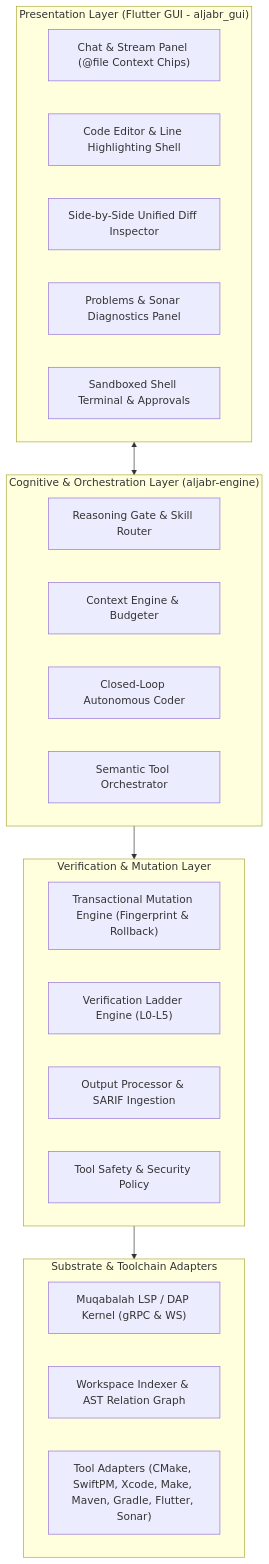
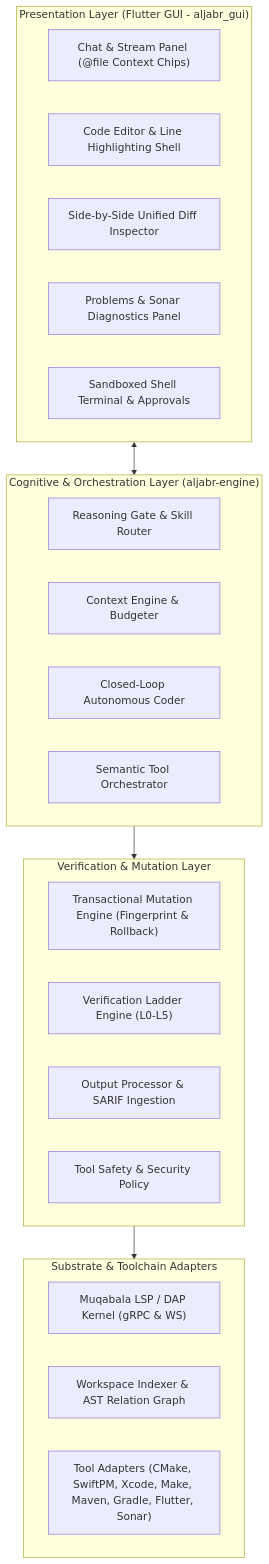
The first of 6 diagrams in Docs/ARCHITECTURE.md (andalus-ai/cifr), drawn with Mermaid before and after one commit. The commit also changed 215 other files, not shown here.

````diff
--- a/Docs/ARCHITECTURE.md
+++ b/Docs/ARCHITECTURE.md
@@ -26,34 +26,34 @@
 ```mermaid
 graph TD
     subgraph Layer_1_Presentation ["Presentation Layer (Flutter GUI - aljabr_gui)"]
         ChatScreen["Chat & Stream Panel (@file Context Chips)"]
         CodeEditor["Code Editor & Line Highlighting Shell"]
         DiffInspector["Side-by-Side Unified Diff Inspector"]
         ProblemsView["Problems & Sonar Diagnostics Panel"]
         TerminalShell["Sandboxed Shell Terminal & Approvals"]
     end
 
     subgraph Layer_2_Orchestration ["Cognitive & Orchestration Layer (aljabr-engine)"]
         Gate["Reasoning Gate & Skill Router"]
         Planner["Context Engine & Budgeter"]
         Repair["Closed-Loop Autonomous Coder"]
         Orchestrator["Semantic Tool Orchestrator"]
     end
 
     subgraph Layer_3_Transaction ["Verification & Mutation Layer"]
         Mutation["Transactional Mutation Engine (Fingerprint & Rollback)"]
         Verification["Verification Ladder Engine (L0-L5)"]
         OutputProc["Output Processor & SARIF Ingestion"]
         PolicyGate["Tool Safety & Security Policy"]
     end
 
     subgraph Layer_4_Substrate ["Substrate & Toolchain Adapters"]
-        LspSubstrate["Muqabalah LSP / DAP Kernel (gRPC & WS)"]
+        LspSubstrate["Muqabala LSP / DAP Kernel (gRPC & WS)"]
         WorkspaceIdx["Workspace Indexer & AST Relation Graph"]
         Adapters["Tool Adapters (CMake, SwiftPM, Xcode, Make, Maven, Gradle, Flutter, Sonar)"]
     end
 
     Layer_1_Presentation <--> Layer_2_Orchestration
     Layer_2_Orchestration --> Layer_3_Transaction
     Layer_3_Transaction --> Layer_4_Substrate
 ```
````
